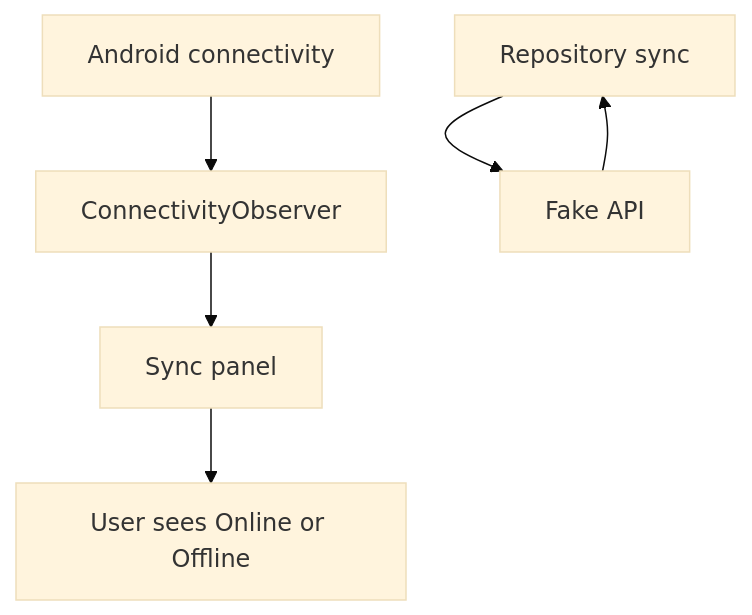
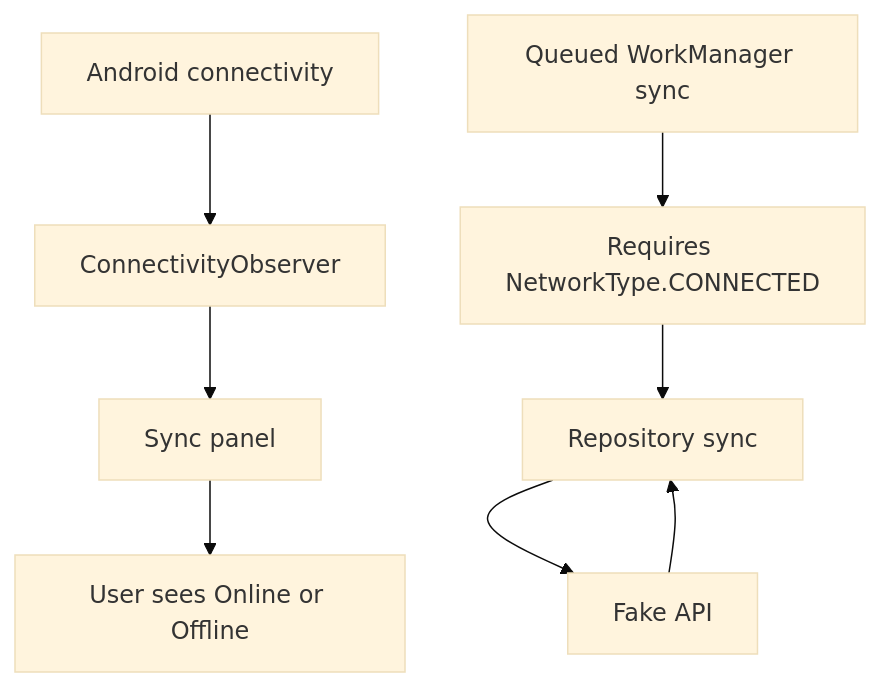
One commit to venkata-ram/FieldNotes-OfflineFirstSystemDesign changed the diagram in docs/learning/m12-connectivity-awareness.md. Above: the diagram before and after it, drawn with Mermaid (base theme). The commit also changed other lines of this file and 17 other files, not shown here.

````diff
--- a/docs/learning/m12-connectivity-awareness.md
+++ b/docs/learning/m12-connectivity-awareness.md
@@ -85,8 +88,10 @@
 ```mermaid
 flowchart TD
     OS["Android connectivity"] --> Observer["ConnectivityObserver"]
     Observer --> UI["Sync panel"]
     UI --> User["User sees Online or Offline"]
+    Work["Queued WorkManager sync"] --> Constraint["Requires NetworkType.CONNECTED"]
+    Constraint --> Repo["Repository sync"]
     Repo["Repository sync"] --> API["Fake API"]
     API --> Repo
 ```
````
